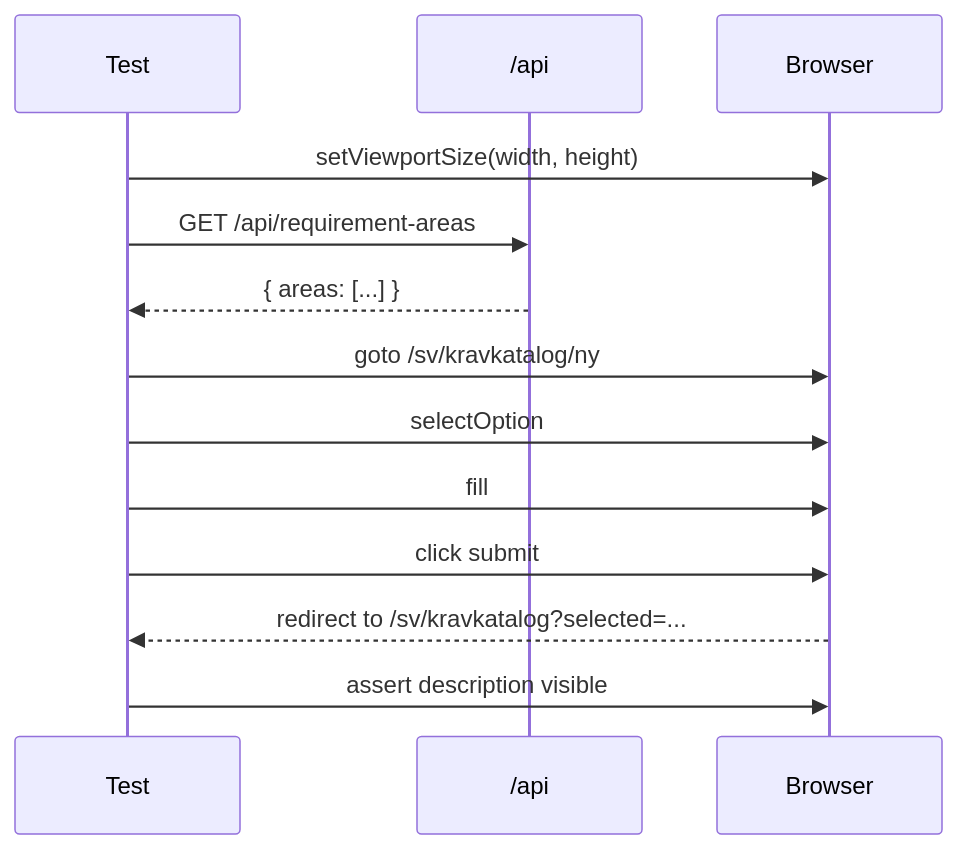
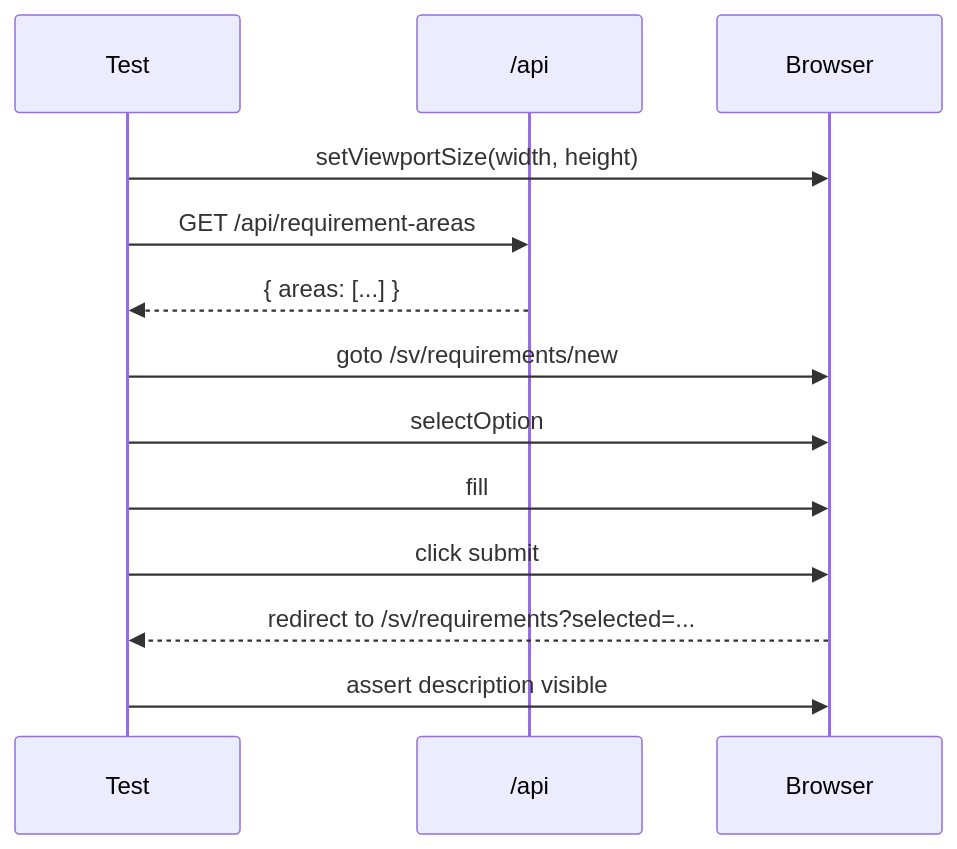
The third of 3 diagrams in tests/integration/requirement-create.md (viscalyx/Kravhantering), drawn with Mermaid before and after one commit. The commit also changed other lines of this file and 36 other files, not shown here.

````diff
--- a/tests/integration/requirement-create.md
+++ b/tests/integration/requirement-create.md
@@ -85,15 +85,15 @@
 ```mermaid
 sequenceDiagram
     participant T as Test
     participant API as /api
     participant Page as Browser
     T->>Page: setViewportSize(width, height)
     T->>API: GET /api/requirement-areas
     API-->>T: { areas: [...] }
-    T->>Page: goto /sv/kravkatalog/ny
+    T->>Page: goto /sv/requirements/new
     T->>Page: selectOption #areaId
     T->>Page: fill #description
     T->>Page: click submit
-    Page-->>T: redirect to /sv/kravkatalog?selected=...
+    Page-->>T: redirect to /sv/requirements?selected=...
     T->>Page: assert description visible
 ```
````
